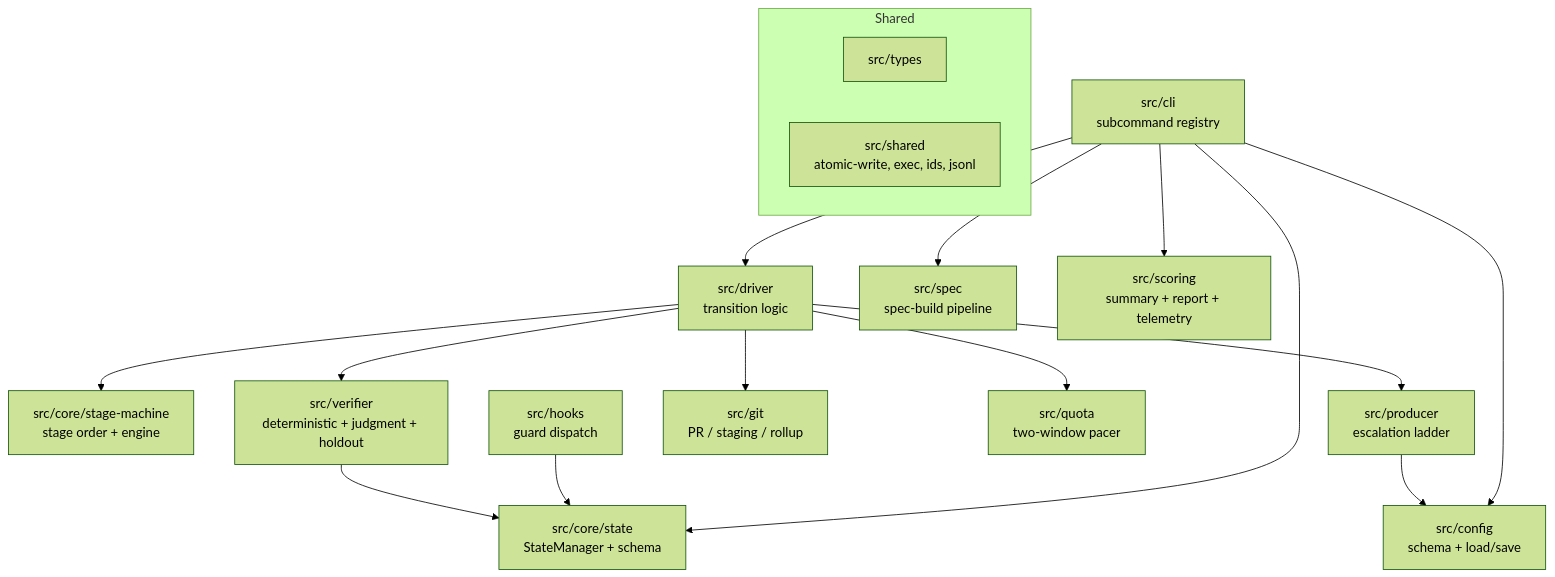
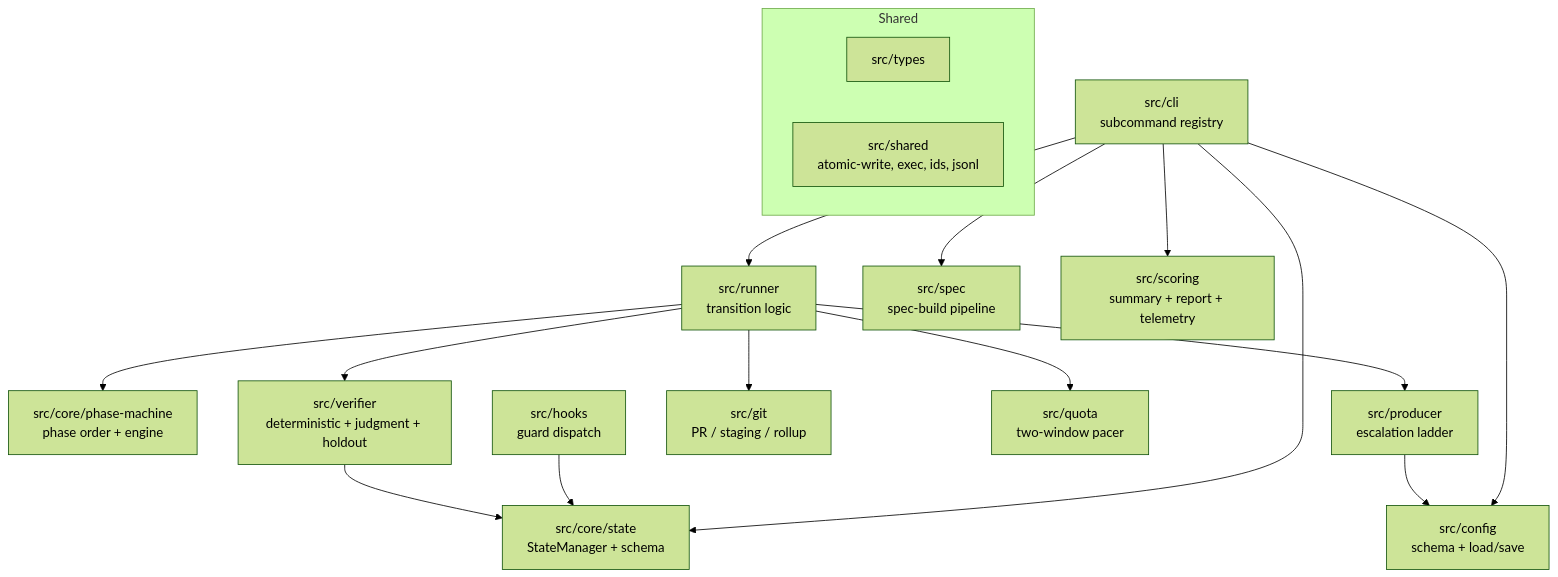
The diagram in docs/architecture/components.md (jfa94/factory), drawn with Mermaid (forest theme) before and after one commit. The commit also changed other lines of this file and 23 other files, not shown here.

````diff
--- a/docs/architecture/components.md
+++ b/docs/architecture/components.md
@@ -7,20 +7,20 @@
 ```mermaid
 graph TD
-  CLI[src/cli<br/>subcommand registry] --> Driver[src/driver<br/>transition logic]
+  CLI[src/cli<br/>subcommand registry] --> Runner[src/runner<br/>transition logic]
   CLI --> State[src/core/state<br/>StateManager + schema]
-  Driver --> Stage[src/core/stage-machine<br/>stage order + engine]
-  Driver --> Producer[src/producer<br/>escalation ladder]
-  Driver --> Verifier[src/verifier<br/>deterministic + judgment + holdout]
-  Driver --> Git[src/git<br/>PR / staging / rollup]
-  Driver --> Quota[src/quota<br/>two-window pacer]
+  Runner --> Phase[src/core/phase-machine<br/>phase order + engine]
+  Runner --> Producer[src/producer<br/>escalation ladder]
+  Runner --> Verifier[src/verifier<br/>deterministic + judgment + holdout]
+  Runner --> Git[src/git<br/>PR / staging / rollup]
+  Runner --> Quota[src/quota<br/>two-window pacer]
   CLI --> Spec[src/spec<br/>spec-build pipeline]
   CLI --> Scoring[src/scoring<br/>summary + report + telemetry]
   CLI --> Config[src/config<br/>schema + load/save]
   Hooks[src/hooks<br/>guard dispatch] --> State
   Verifier --> State
   Producer --> Config
   subgraph Shared
     Types[src/types]
     Sh[src/shared<br/>atomic-write, exec, ids, jsonl]
   end
 ```
````
